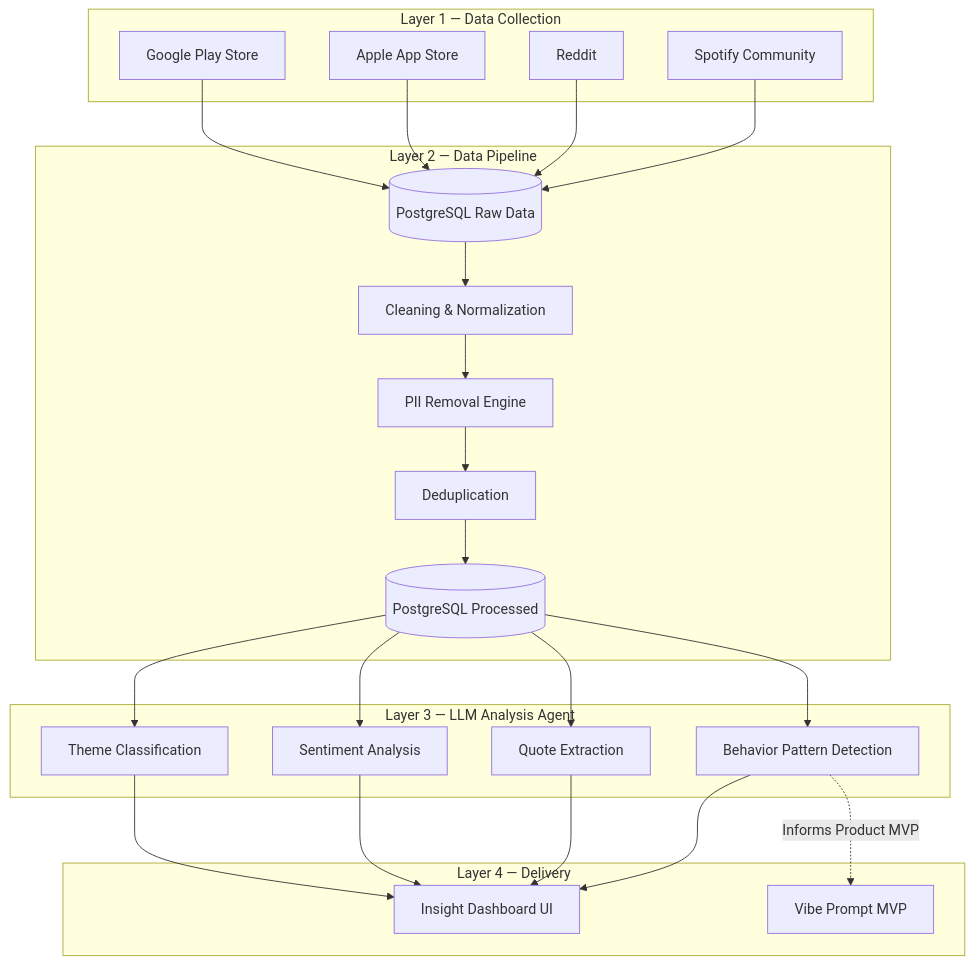
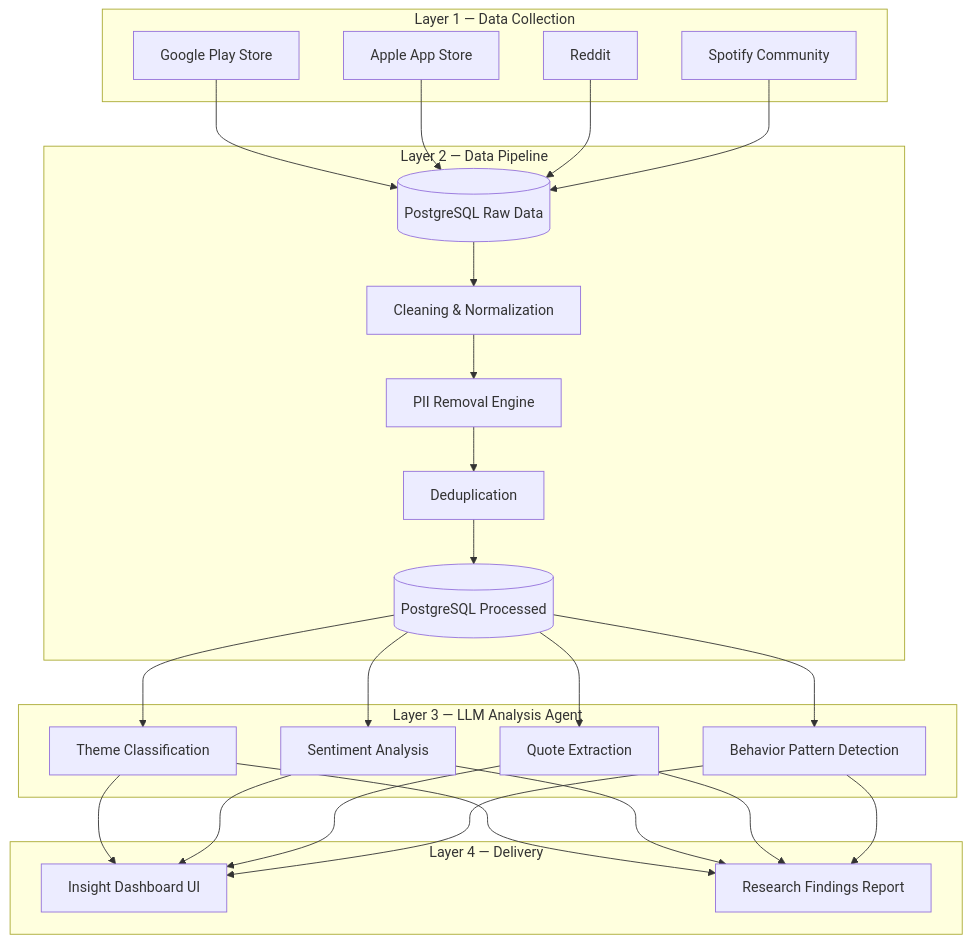
The diagram in README.md (sakethsawant1-star/spotify-review-engine-v2), drawn with Mermaid before and after one commit. The commit also changed other lines of this file, not shown here.

Commit message:
Fix README to remove Spotify MVP and focus solely on the Review Engine

````diff
--- a/README.md
+++ b/README.md
@@ -26,48 +30,51 @@
 ```mermaid
 graph TD
     subgraph "Layer 1 — Data Collection"
         S1[Google Play Store]
         S2[Apple App Store]
         S3[Reddit]
         S4[Spotify Community]
     end
 
     subgraph "Layer 2 — Data Pipeline"
         P1[(PostgreSQL Raw Data)]
         P2[Cleaning & Normalization]
         P3[PII Removal Engine]
         P4[Deduplication]
         P5[(PostgreSQL Processed)]
     end
 
     subgraph "Layer 3 — LLM Analysis Agent"
         A1[Theme Classification]
         A2[Sentiment Analysis]
         A3[Quote Extraction]
         A4[Behavior Pattern Detection]
     end
 
     subgraph "Layer 4 — Delivery"
         O1[Insight Dashboard UI]
-        O2[Vibe Prompt MVP]
+        O2[Research Findings Report]
     end
 
     S1 --> P1
     S2 --> P1
     S3 --> P1
     S4 --> P1
 
     P1 --> P2 --> P3 --> P4 --> P5
 
     P5 --> A1
     P5 --> A2
     P5 --> A3
     P5 --> A4
 
     A1 --> O1
     A2 --> O1
     A3 --> O1
     A4 --> O1
     
-    A4 -.->|Informs Product MVP| O2
+    A1 --> O2
+    A2 --> O2
+    A3 --> O2
+    A4 --> O2
 ```
````
